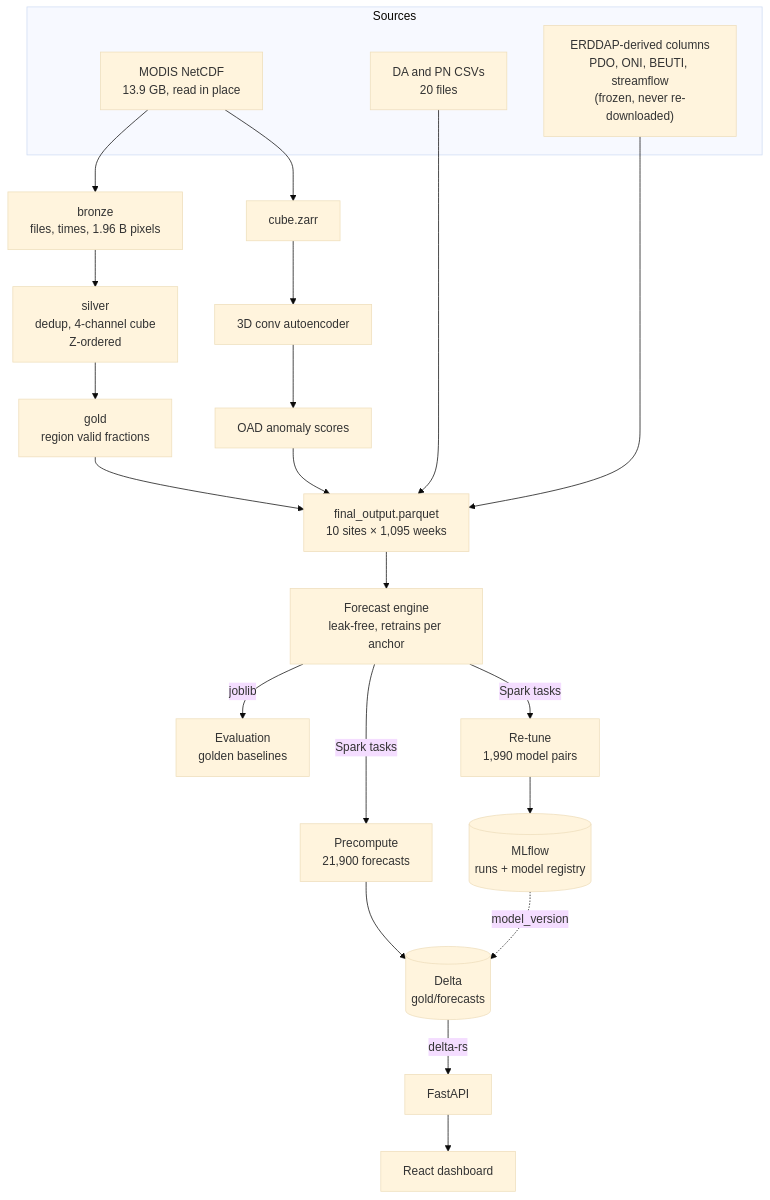
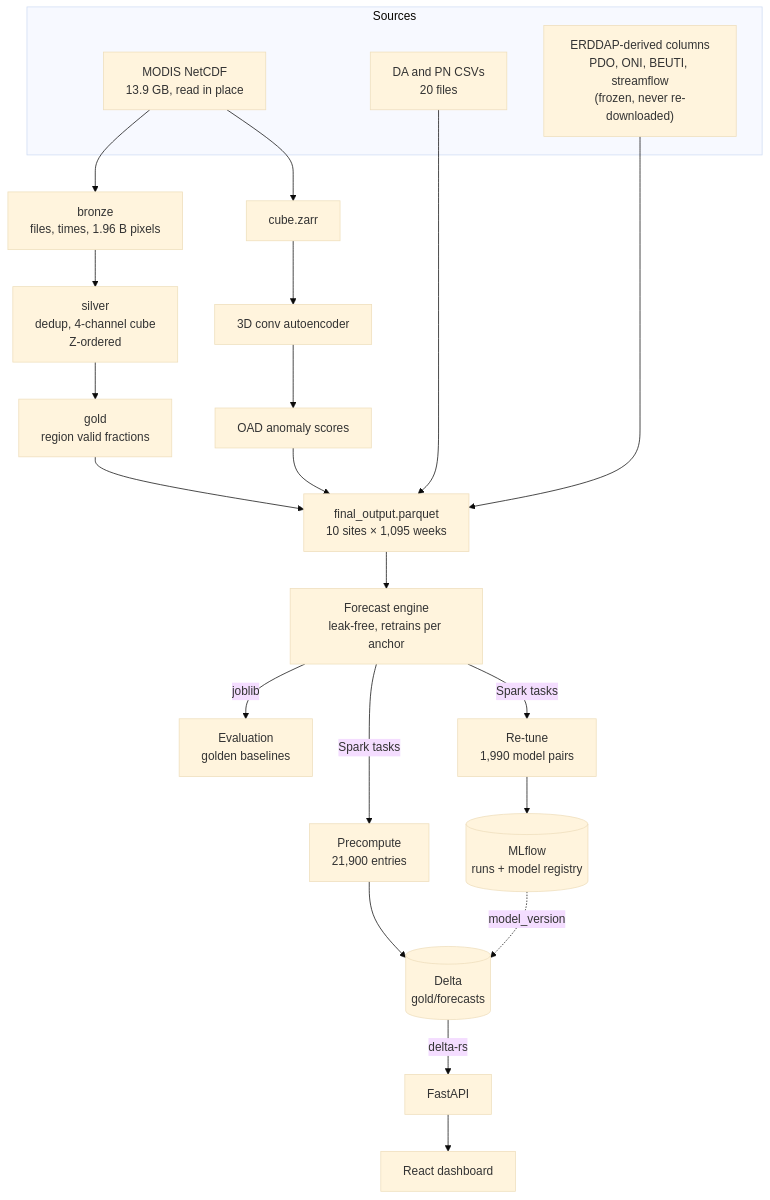
The diagram in docs/DATA_ENGINEERING.md (ansoncchen/DATect-Forecasting-Domoic-Acid), drawn with Mermaid (base theme) before and after one commit. The commit also changed other lines of this file and 5 other files, not shown here.

````diff
--- a/docs/DATA_ENGINEERING.md
+++ b/docs/DATA_ENGINEERING.md
@@ -37,24 +37,24 @@
 ```mermaid
 flowchart TB
   subgraph sources["Sources"]
     nc["MODIS NetCDF<br/>13.9 GB, read in place"]
     csv["DA and PN CSVs<br/>20 files"]
     env["ERDDAP-derived columns<br/>PDO, ONI, BEUTI, streamflow<br/>(frozen, never re-downloaded)"]
   end
   nc --> bronze["bronze<br/>files, times, 1.96 B pixels"]
   bronze --> silver["silver<br/>dedup, 4-channel cube<br/>Z-ordered"]
   silver --> gold["gold<br/>region valid fractions"]
   nc --> zarr["cube.zarr"] --> ae["3D conv autoencoder"] --> oad["OAD anomaly scores"]
   gold --> features["final_output.parquet<br/>10 sites × 1,095 weeks"]
   oad --> features
   csv --> features
   env --> features
   features --> engine["Forecast engine<br/>leak-free, retrains per anchor"]
   engine -- joblib --> evals["Evaluation<br/>golden baselines"]
   engine -- Spark tasks --> retune["Re-tune<br/>1,990 model pairs"]
-  engine -- Spark tasks --> pre["Precompute<br/>21,900 forecasts"]
+  engine -- Spark tasks --> pre["Precompute<br/>21,900 entries"]
   retune --> mlflow[("MLflow<br/>runs + model registry")]
   pre --> table[("Delta<br/>gold/forecasts")]
   mlflow -. model_version .-> table
   table -- delta-rs --> api["FastAPI"] --> ui["React dashboard"]
 ```
````
